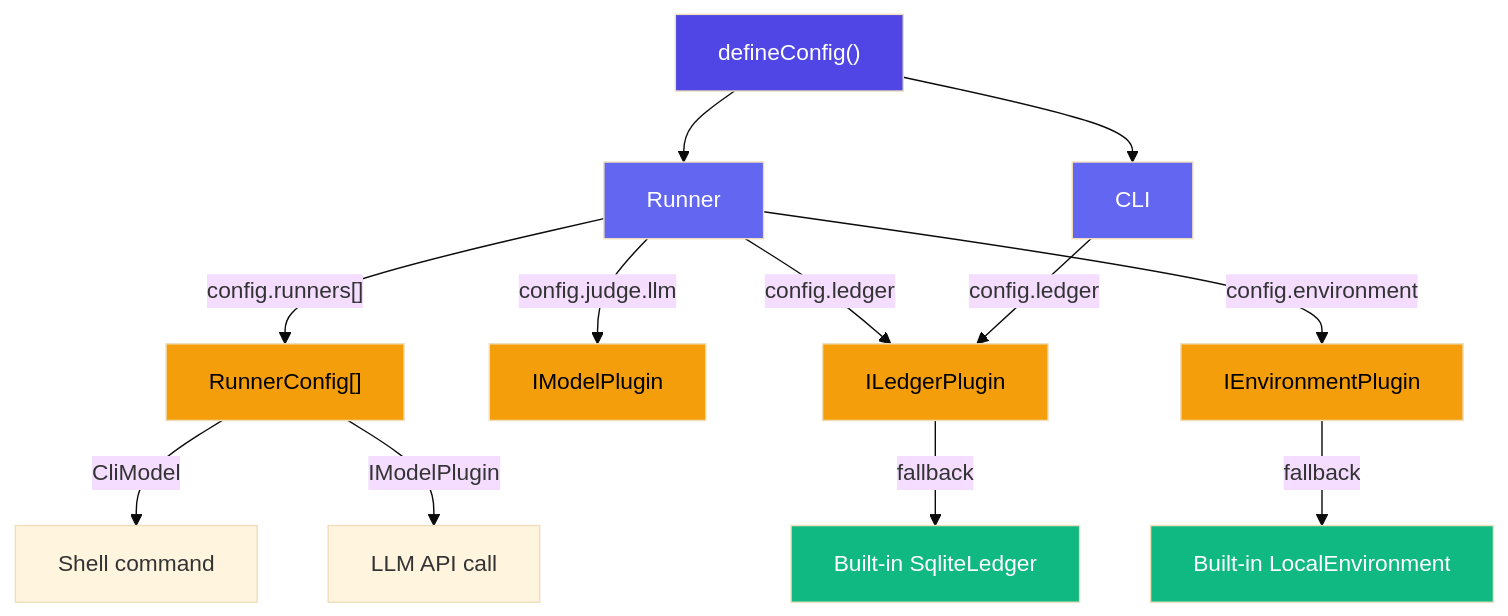
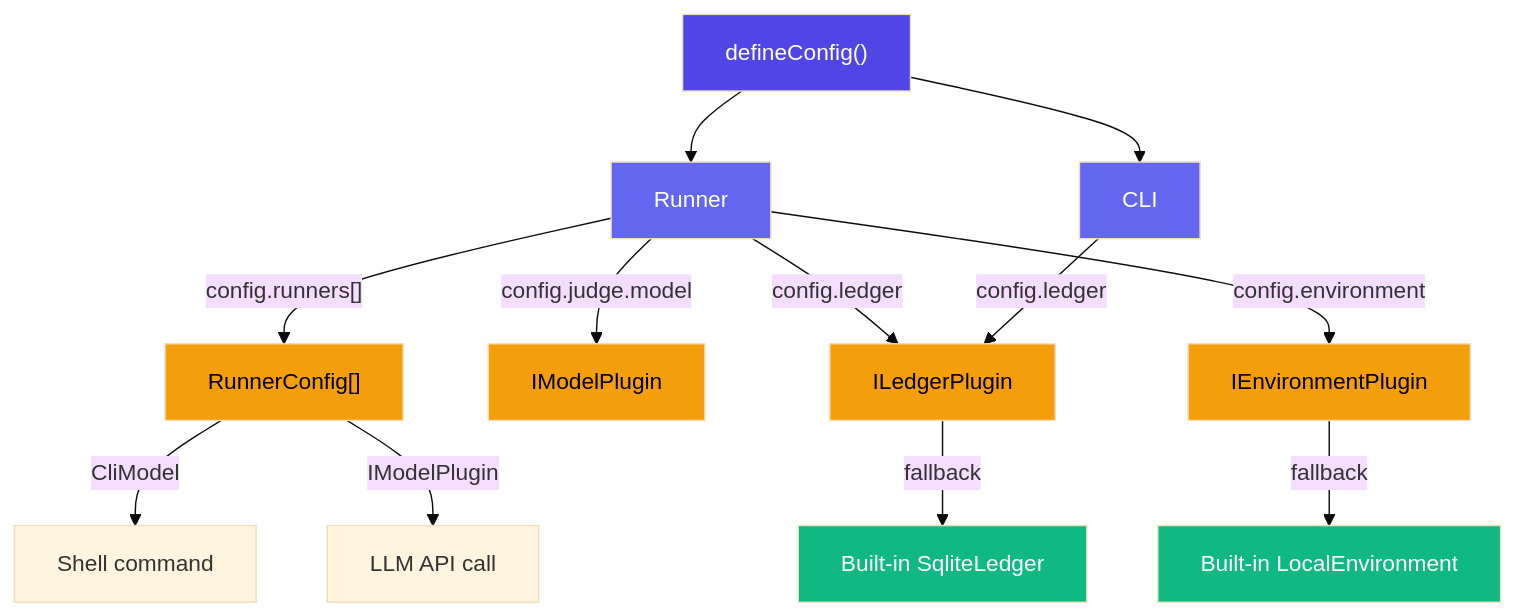
Before and after one commit to Tlahey/agent-eval: the third of 3 diagrams in apps/docs/guide/plugins.md, drawn with Mermaid (base theme). The commit also changed other lines of this file and 25 other files, not shown here.

First line of the commit message:
refactor(types): align JudgeConfig with RunnerConfig using { name, model }

````diff
--- a/apps/docs/guide/plugins.md
+++ b/apps/docs/guide/plugins.md
@@ -277,26 +277,26 @@
 ```mermaid
 flowchart TB
     CONFIG["defineConfig()"] --> RUNNER["Runner"]
     CONFIG --> CLI["CLI"]
 
     RUNNER -->|"config.runners[]"| RC["RunnerConfig[]"]
-    RUNNER -->|"config.judge.llm"| MP["IModelPlugin"]
+    RUNNER -->|"config.judge.model"| MP["IModelPlugin"]
     RUNNER -->|"config.ledger"| LEDGER["ILedgerPlugin"]
     RUNNER -->|"config.environment"| ENV["IEnvironmentPlugin"]
     CLI -->|"config.ledger"| LEDGER
 
     RC -->|"CliModel"| CLIR["Shell command"]
     RC -->|"IModelPlugin"| APIR["LLM API call"]
     LEDGER -->|"fallback"| SQLITE["Built-in SqliteLedger"]
     ENV -->|"fallback"| LOCAL["Built-in LocalEnvironment"]
 
     style CONFIG fill:#4f46e5,color:#fff
     style RUNNER fill:#6366f1,color:#fff
     style CLI fill:#6366f1,color:#fff
     style RC fill:#f59e0b,color:#000
     style MP fill:#f59e0b,color:#000
     style LEDGER fill:#f59e0b,color:#000
     style ENV fill:#f59e0b,color:#000
     style SQLITE fill:#10b981,color:#fff
     style LOCAL fill:#10b981,color:#fff
 ```
````
